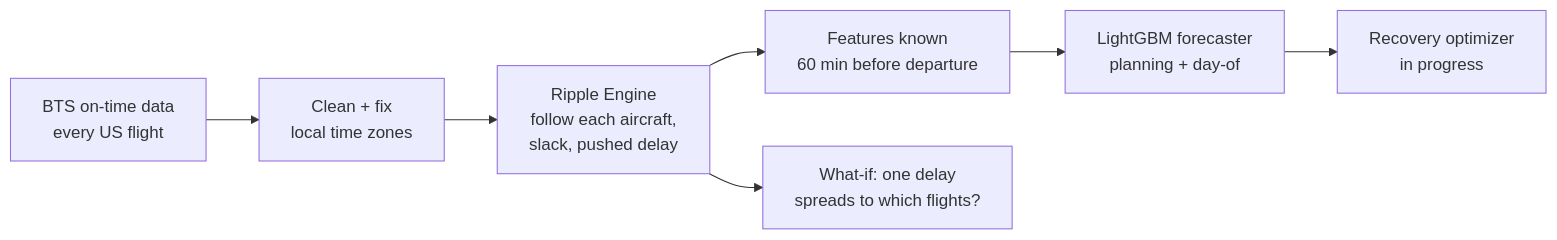
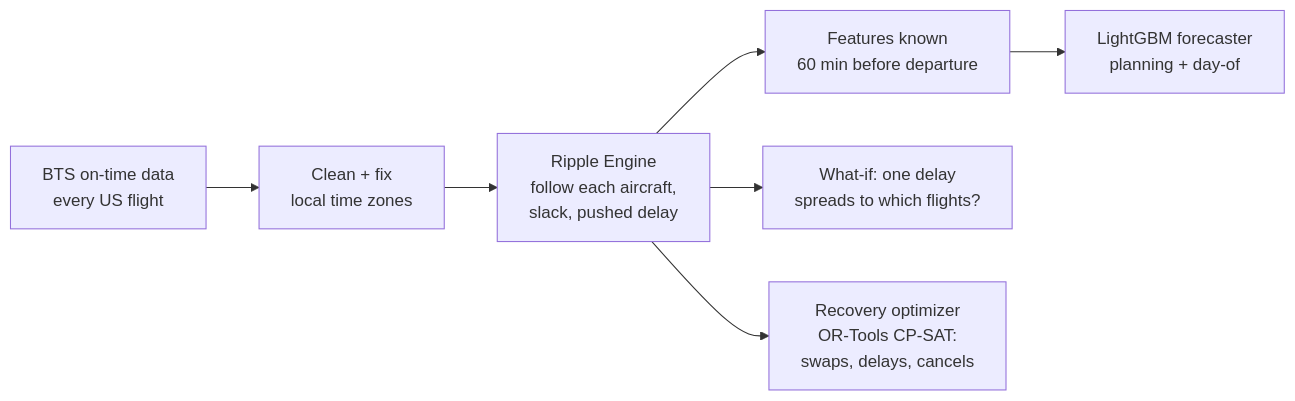
The diagram in README.md (DaKSh32-blip/SkyRecover), drawn with Mermaid before and after one commit. The commit also changed other lines of this file and 6 other files, not shown here.

Commit message:
Piece 6: recovery optimizer with OR-Tools, proven-optimal recovery on real ATL disruptions

````diff
--- a/README.md
+++ b/README.md
@@ -48,9 +60,9 @@
 ```mermaid
 flowchart LR
     A[BTS on-time data<br/>every US flight] --> B[Clean + fix<br/>local time zones]
     B --> C[Ripple Engine<br/>follow each aircraft,<br/>slack, pushed delay]
     C --> D[Features known<br/>60 min before departure]
     D --> E[LightGBM forecaster<br/>planning + day-of]
     C --> F[What-if: one delay<br/>spreads to which flights?]
-    E --> G[Recovery optimizer<br/>in progress]
+    C --> G[Recovery optimizer<br/>OR-Tools CP-SAT:<br/>swaps, delays, cancels]
 ```
````
